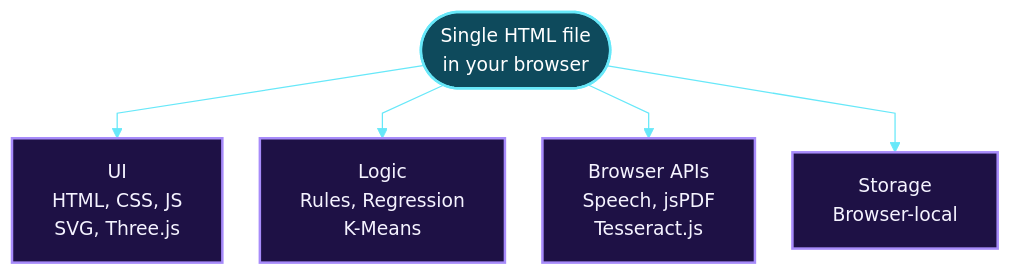
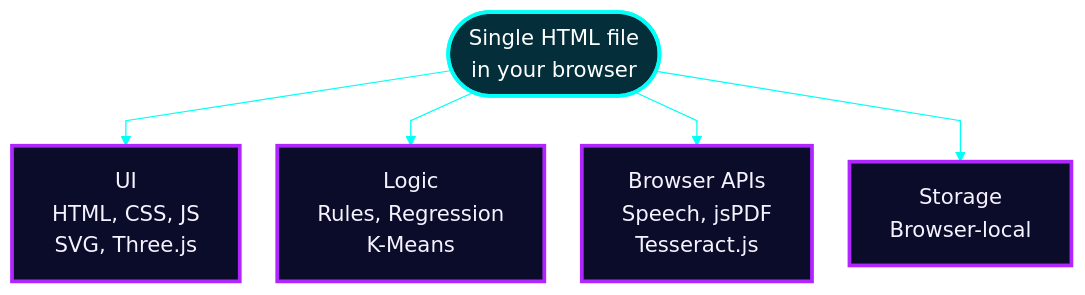
Before and after one commit to Mansi232323/MANSHORA: diagram 16 of 17 in README.md, drawn with Mermaid. The commit also changed other lines of this file, not shown here.

````diff
--- a/README.md
+++ b/README.md
@@ -624,13 +687,13 @@
 ```mermaid
-%%{init: {'theme':'base','themeVariables':{'fontSize':'15px','fontFamily':'Arial, Helvetica, sans-serif','primaryColor':'#1e1145','primaryTextColor':'#f5f3ff','primaryBorderColor':'#a78bfa','lineColor':'#67e8f9','textColor':'#f5f3ff','edgeLabelBackground':'#1e1145'},'flowchart':{'htmlLabels':true,'nodeSpacing':30,'rankSpacing':40,'padding':16,'curve':'linear'}}}%%
+%%{init: {'theme':'base','themeVariables':{'fontSize':'17px','fontFamily':'Arial, Helvetica, sans-serif','primaryColor':'#0b0b2a','primaryTextColor':'#f5f3ff','primaryBorderColor':'#b026ff','lineColor':'#00fff7','textColor':'#f5f3ff','edgeLabelBackground':'#0b0b2a'},'flowchart':{'htmlLabels':true,'nodeSpacing':30,'rankSpacing':40,'padding':16,'curve':'linear'}}}%%
 flowchart TB
     B(["Single HTML file<br/>in your browser"])
     B --> U["UI<br/>HTML, CSS, JS<br/>SVG, Three.js"]
     B --> L["Logic<br/>Rules, Regression<br/>K-Means"]
     B --> A["Browser APIs<br/>Speech, jsPDF<br/>Tesseract.js"]
     B --> S["Storage<br/>Browser-local"]
-    classDef core fill:#0e4a5c,stroke:#67e8f9,stroke-width:2px,color:#ffffff
-    classDef n fill:#1e1145,stroke:#a78bfa,stroke-width:2px,color:#f5f3ff
+    classDef core fill:#042f3a,stroke:#00fff7,stroke-width:3px,color:#ffffff
+    classDef n fill:#0b0b2a,stroke:#b026ff,stroke-width:3px,color:#f5f3ff
     class B core
     class U,L,A,S n
 ```
````
